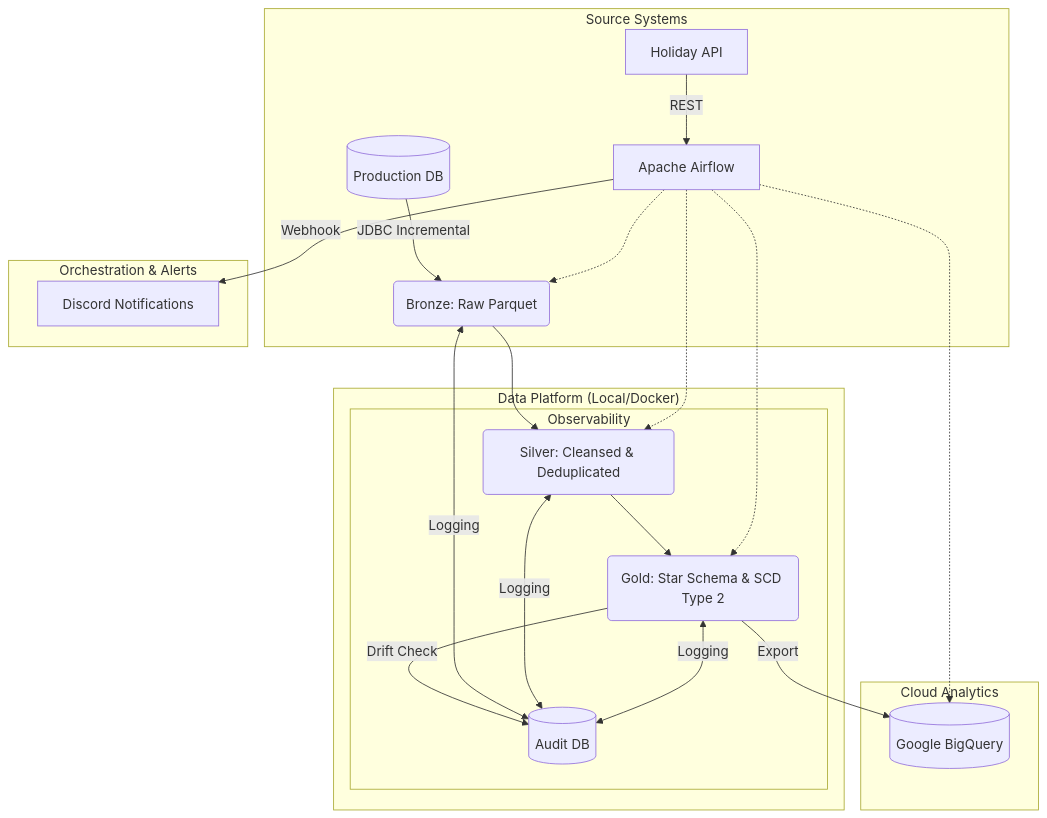
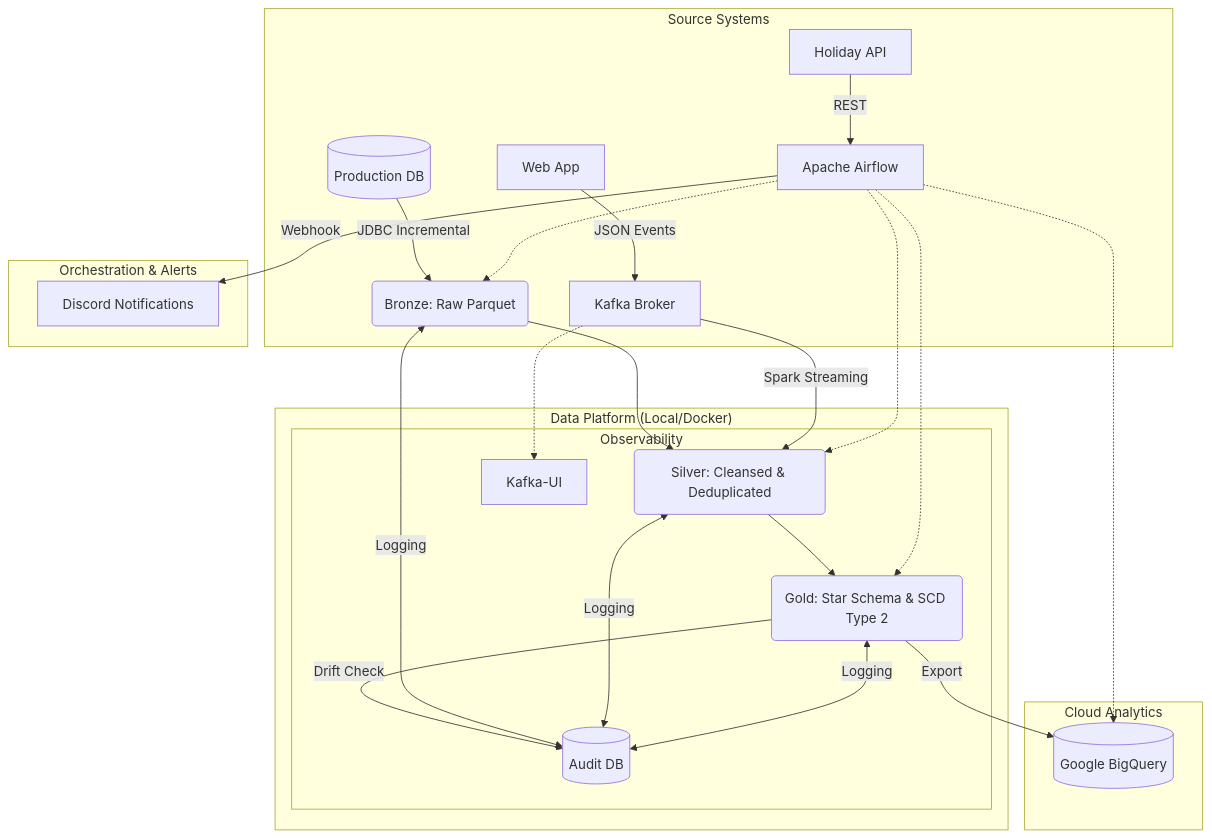
Before and after one commit to anabxathag/MedallionArchitectChallengeProject: the diagram in README.md, drawn with Mermaid. The commit also changed other lines of this file and 13 other files, not shown here.

Commit message:
feat: implement Kafka streaming pipeline with producer/consumer jobs, schema validation in Gold layer, and Airflow orchestration.

````diff
--- a/README.md
+++ b/README.md
@@ -11,31 +11,34 @@
 ```mermaid
 graph TD
     subgraph "Source Systems"
         S1[(Production DB)] --> |JDBC Incremental| B
         S2[Holiday API] --> |REST| G
+        S3[Web App] --> |JSON Events| K[Kafka Broker]
     end
 
     subgraph "Data Platform (Local/Docker)"
         B(Bronze: Raw Parquet) --> C(Silver: Cleansed & Deduplicated)
+        K --> |Spark Streaming| C
         C --> D(Gold: Star Schema & SCD Type 2)
         
         subgraph "Observability"
             Audit[(Audit DB)] <--> |Logging| B
             Audit <--> |Logging| C
             Audit <--> |Logging| D
             D --> |Drift Check| Audit
+            K -.-> UI[Kafka-UI]
         end
     end
 
     subgraph "Cloud Analytics"
         D --> |Export| BQ[(Google BigQuery)]
     end
 
     subgraph "Orchestration & Alerts"
         G[Apache Airflow] -.-> B
         G -.-> C
         G -.-> D
         G -.-> BQ
         G --> |Webhook| DS[Discord Notifications]
     end
 ```
````
